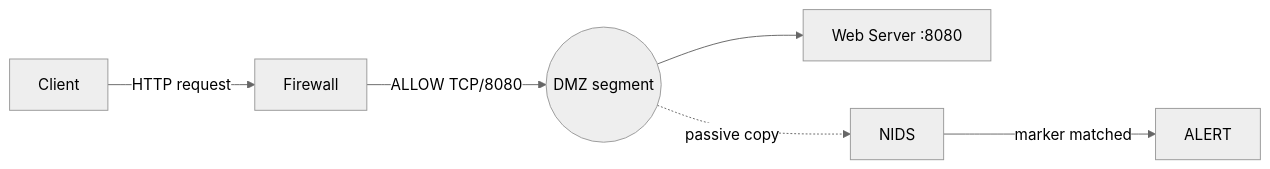
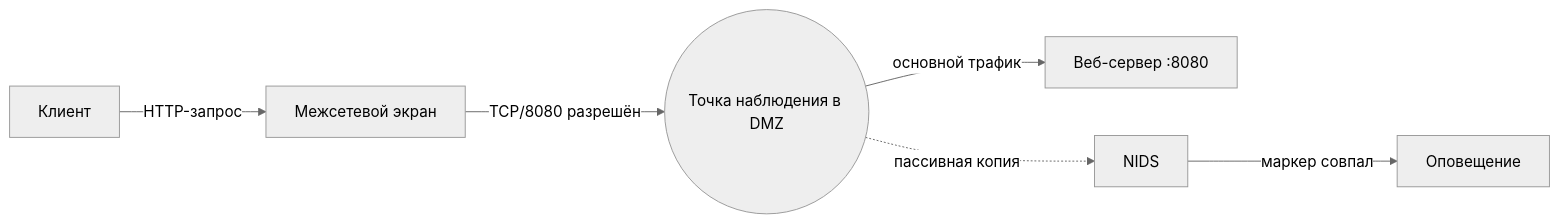
Before and after one commit to 11ndra/spvo: the fourth of 4 diagrams in docs/course/01-intro.md, drawn with Mermaid (neutral theme). The commit also changed other lines of this file and 14 other files, not shown here.

````diff
--- a/docs/course/01-intro.md
+++ b/docs/course/01-intro.md
@@ -319,8 +323,8 @@
 ```mermaid
 flowchart LR
-    C[Client] -->|HTTP request| F[Firewall]
-    F -->|ALLOW TCP/8080| S((DMZ segment))
-    S --> W[Web Server :8080]
-    S -. passive copy .-> N[NIDS]
-    N -->|marker matched| A[ALERT]
+    C[Клиент] -->|HTTP-запрос| F[Межсетевой экран]
+    F -->|TCP/8080 разрешён| S((Точка наблюдения в DMZ))
+    S -->|основной трафик| W[Веб-сервер :8080]
+    S -.->|пассивная копия| N[NIDS]
+    N -->|маркер совпал| A[Оповещение]
 ```
````
